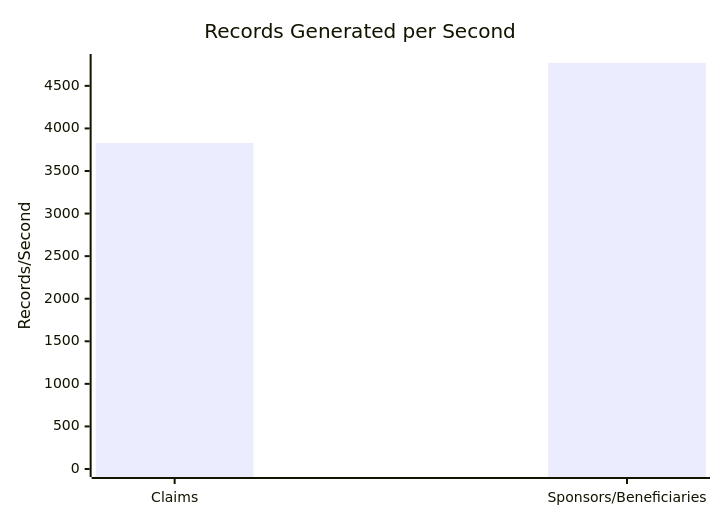
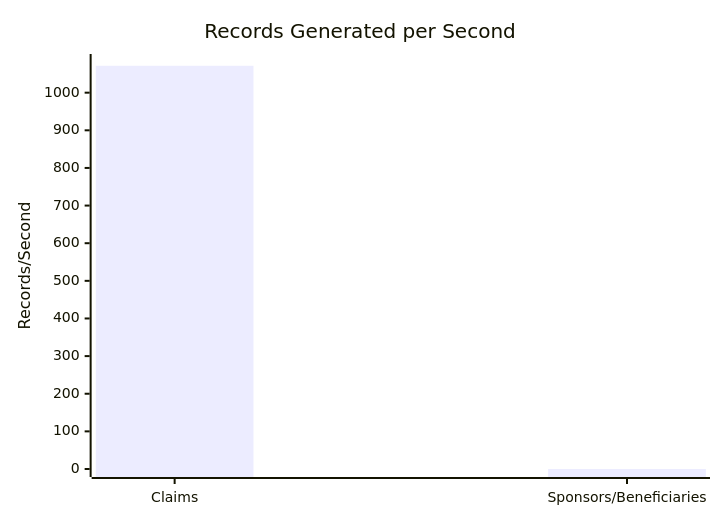
Before and after one commit to dhagan-va/intern-2025: the first of 11 diagrams in test-tools/DataGen/src/Statistics_Visualizer.md, drawn with Mermaid. The commit also changed other lines of this file and 4 other files, not shown here.

````diff
--- a/test-tools/DataGen/src/Statistics_Visualizer.md
+++ b/test-tools/DataGen/src/Statistics_Visualizer.md
@@ -18,7 +18,7 @@
 ```mermaid
 xychart-beta
     title "Records Generated per Second"
     x-axis ["Claims", "Sponsors/Beneficiaries"]
-    y-axis "Records/Second" 0 --> 4780.284383360559
-    bar [3829.814329759197, 4770.284383360559]
+    y-axis "Records/Second" 0 --> 1081.5121763509692
+    bar [1071.5121763509692, 0.0]
 ```
````
